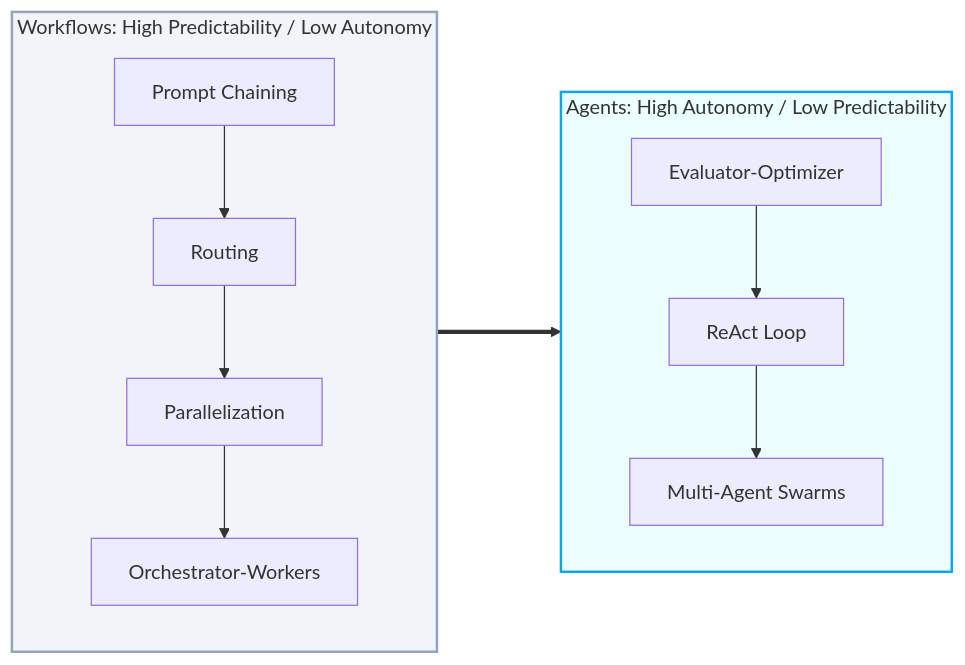
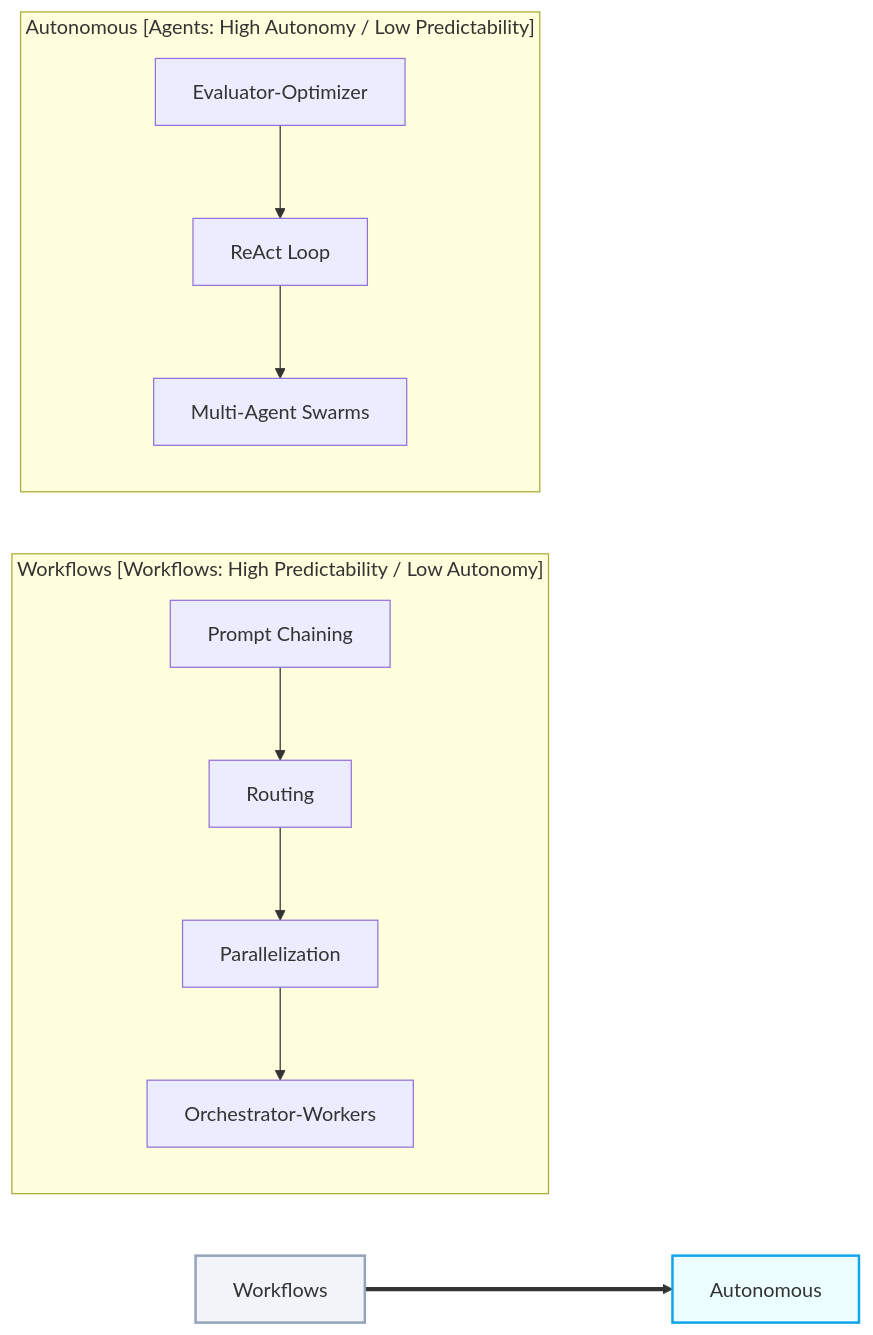
The first of 8 diagrams in blog/posts/agentic-ai-architectures.md (akmalkhaniub/akmalkhaniub.github.io), drawn with Mermaid before and after one commit. The commit also changed other lines of this file and 600 other files, not shown here.

Commit message:
fix(blog): resolve Mermaid v10 syntax errors across Figure 1 and publication subgraphs

````diff
--- a/blog/posts/agentic-ai-architectures.md
+++ b/blog/posts/agentic-ai-architectures.md
@@ -23,15 +23,15 @@
 ```mermaid
 graph LR
-    subgraph Workflows [Workflows: High Predictability / Low Autonomy]
+    subgraph SG1_WorkflowsWorkflowsHigh ["Workflows [Workflows: High Predictability / Low Autonomy]"]
         Chaining[Prompt Chaining] --> Routing[Routing]
         Routing --> Parallel[Parallelization]
         Parallel --> Orch[Orchestrator-Workers]
     end
-    subgraph Autonomous [Agents: High Autonomy / Low Predictability]
+    subgraph SG2_AutonomousAgentsHigh ["Autonomous [Agents: High Autonomy / Low Predictability]"]
         Eval[Evaluator-Optimizer] --> ReAct[ReAct Loop]
         ReAct --> Swarms[Multi-Agent Swarms]
     end
     Workflows ===> Autonomous
     style Workflows fill:#f1f5f9,stroke:#94a3b8,stroke-width:2px
     style Autonomous fill:#ecfeff,stroke:#0ea5e9,stroke-width:2px
 ```
````
